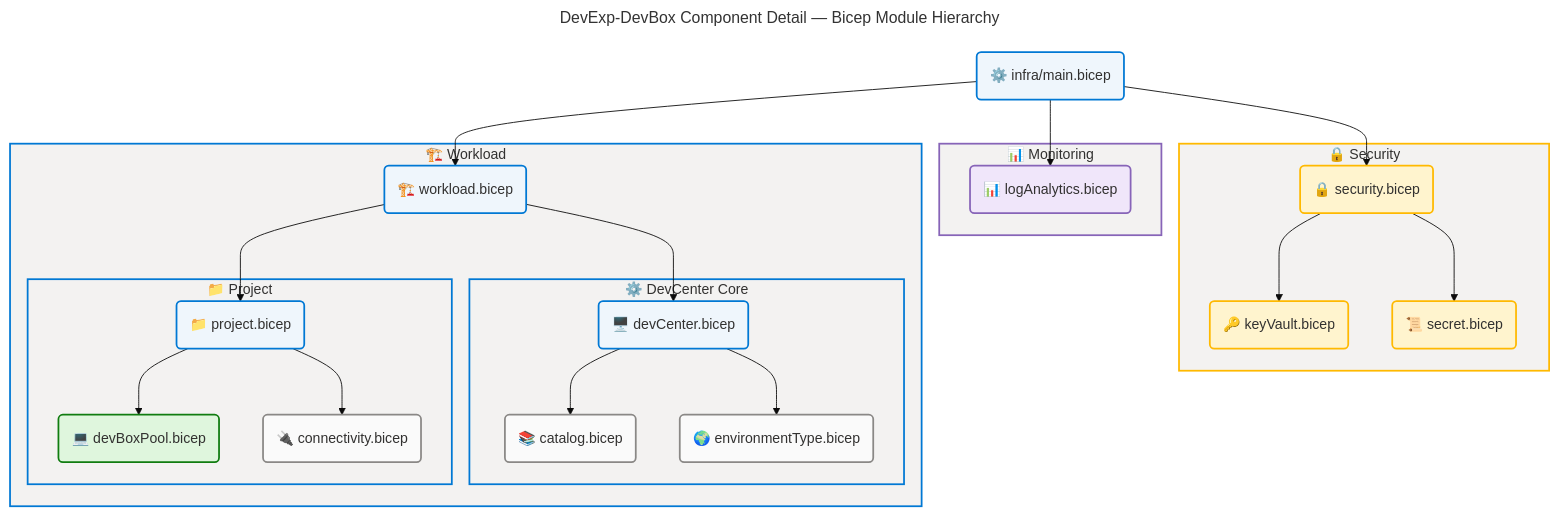
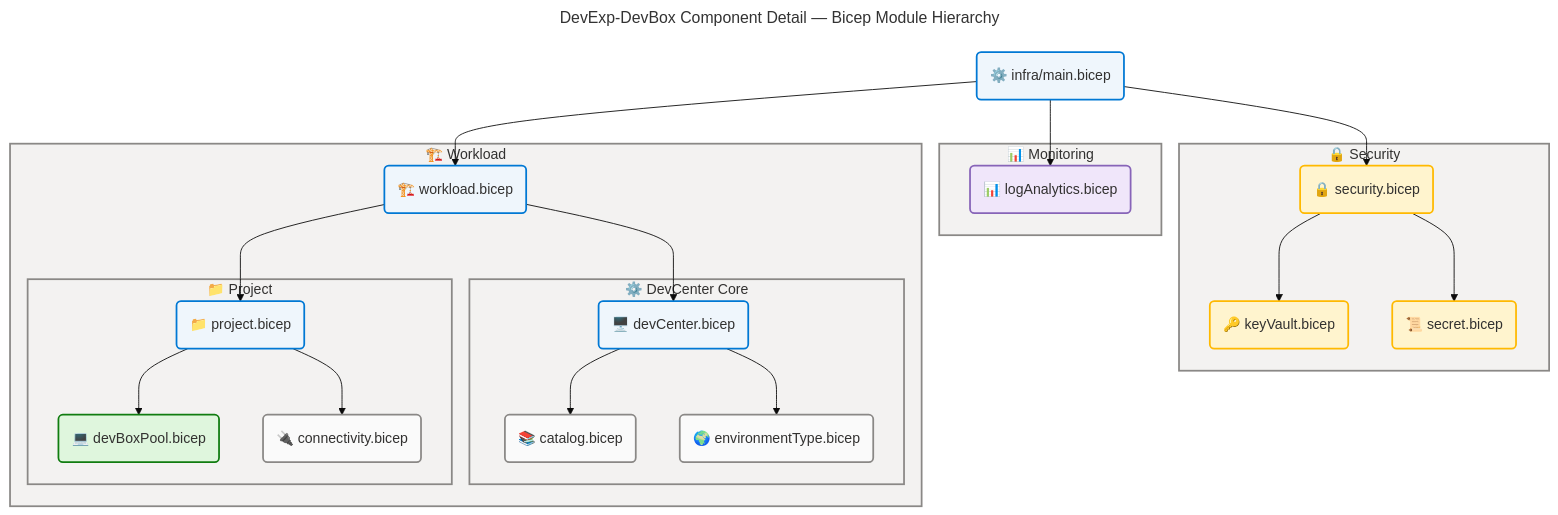
One commit to Evilazaro/DevExp-DevBox changed the eighth of 15 diagrams in docs/architecture/application-architecture.md. Above: the diagram before and after it, drawn with Mermaid. The commit also changed other lines of this file, not shown here.

Commit message:
refactor: update YAML contract terminology and enhance diagram verification scores for improved clarity

````diff
--- a/docs/architecture/application-architecture.md
+++ b/docs/architecture/application-architecture.md
@@ -878,77 +881,77 @@
 ```mermaid
 ---
 title: DevExp-DevBox Component Detail — Bicep Module Hierarchy
 config:
   theme: base
   look: classic
   layout: dagre
   themeVariables:
     fontSize: '16px'
   flowchart:
     htmlLabels: true
 ---
 flowchart TB
     accTitle: DevExp-DevBox Component Detail — Bicep Module Hierarchy
     accDescr: Detailed composition hierarchy of all Bicep modules from infra/main.bicep down to leaf modules showing parent-child module dependencies
 
     %% ═══════════════════════════════════════════════════════════════════════════
     %% AZURE / FLUENT ARCHITECTURE PATTERN v1.1
     %% (Semantic + Structural + Font + Accessibility Governance)
     %% ═══════════════════════════════════════════════════════════════════════════
     %% PHASE 1 - FLUENT UI: All styling uses approved Fluent UI palette only
     %% PHASE 2 - GROUPS: Every subgraph has semantic color via style directive
     %% PHASE 3 - COMPONENTS: Every node has semantic classDef + icon prefix
     %% PHASE 4 - ACCESSIBILITY: accTitle/accDescr present, WCAG AA contrast
     %% PHASE 5 - STANDARD: Governance block present, classDefs centralized
     %% ═══════════════════════════════════════════════════════════════════════════
 
     main("⚙️ infra/main.bicep"):::core
 
     subgraph monGrp["📊 Monitoring"]
         logAnalytics("📊 logAnalytics.bicep"):::data
     end
 
     subgraph secGrp["🔒 Security"]
         security("🔒 security.bicep"):::warning
         keyVault("🔑 keyVault.bicep"):::warning
         secret("📜 secret.bicep"):::warning
     end
 
     subgraph wlGrp["🏗️ Workload"]
         workload("🏗️ workload.bicep"):::core
         subgraph coreGrp["⚙️ DevCenter Core"]
             devCenter("🖥️ devCenter.bicep"):::core
             catalog("📚 catalog.bicep"):::neutral
             envType("🌍 environmentType.bicep"):::neutral
         end
         subgraph projGrp["📁 Project"]
             project("📁 project.bicep"):::core
             pool("💻 devBoxPool.bicep"):::success
             connectivity("🔌 connectivity.bicep"):::neutral
         end
     end
 
     main --> logAnalytics
     main --> security
     security --> keyVault
     security --> secret
     main --> workload
     workload --> devCenter
     devCenter --> catalog
     devCenter --> envType
     workload --> project
     project --> pool
     project --> connectivity
 
-    style monGrp fill:#F3F2F1,stroke:#8764B8,stroke-width:2px,color:#323130
-    style secGrp fill:#F3F2F1,stroke:#FFB900,stroke-width:2px,color:#323130
-    style wlGrp fill:#F3F2F1,stroke:#0078D4,stroke-width:2px,color:#323130
-    style coreGrp fill:#F3F2F1,stroke:#0078D4,stroke-width:2px,color:#323130
-    style projGrp fill:#F3F2F1,stroke:#0078D4,stroke-width:2px,color:#323130
+    style monGrp fill:#F3F2F1,stroke:#8A8886,stroke-width:2px,color:#323130
+    style secGrp fill:#F3F2F1,stroke:#8A8886,stroke-width:2px,color:#323130
+    style wlGrp fill:#F3F2F1,stroke:#8A8886,stroke-width:2px,color:#323130
+    style coreGrp fill:#F3F2F1,stroke:#8A8886,stroke-width:2px,color:#323130
+    style projGrp fill:#F3F2F1,stroke:#8A8886,stroke-width:2px,color:#323130
 
     classDef neutral fill:#FAFAFA,stroke:#8A8886,stroke-width:2px,color:#323130
     classDef core fill:#EFF6FC,stroke:#0078D4,stroke-width:2px,color:#323130
     classDef warning fill:#FFF4CE,stroke:#FFB900,stroke-width:2px,color:#323130
     classDef data fill:#F0E6FA,stroke:#8764B8,stroke-width:2px,color:#323130
     classDef success fill:#DFF6DD,stroke:#107C10,stroke-width:2px,color:#323130
 ```
````
